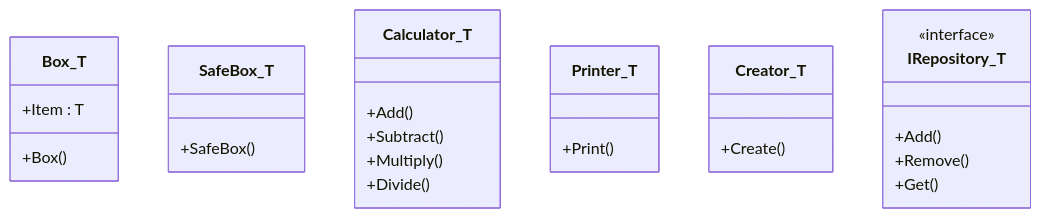
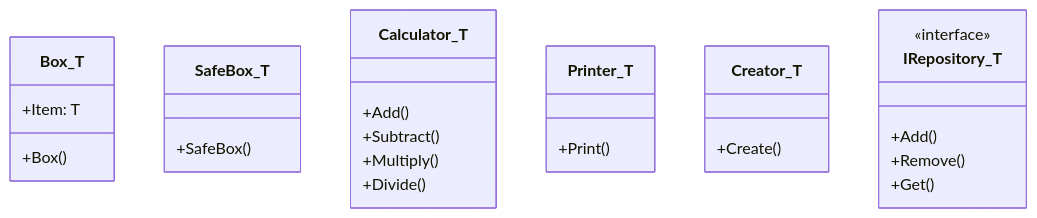
The diagram in Generics/uml/diagram.mmd (drccastillo/csharp-course), drawn with Mermaid before and after one commit. The commit also changed 27 other files, not shown here.

```diff
--- a/Generics/uml/diagram.mmd
+++ b/Generics/uml/diagram.mmd
@@ -1,27 +1,26 @@
 classDiagram
-
-class Box_T {
-  +Box()
-  +Item : T
-}
-class SafeBox_T {
-  +SafeBox()
-}
-class Calculator_T {
-  +Add()
-  +Subtract()
-  +Multiply()
-  +Divide()
-}
-class Printer_T {
-  +Print()
-}
-class Creator_T {
-  +Create()
-}
-class IRepository_T {
-  +Add()
-  +Remove()
-  +Get()
-}
-<<interface>> IRepository_T
+    class Box_T {
+        +Box()
+        +Item: T
+    }
+    class SafeBox_T {
+        +SafeBox()
+    }
+    class Calculator_T {
+        +Add()
+        +Subtract()
+        +Multiply()
+        +Divide()
+    }
+    class Printer_T {
+        +Print()
+    }
+    class Creator_T {
+        +Create()
+    }
+    class IRepository_T {
+        +Add()
+        +Remove()
+        +Get()
+    }
+    <<interface>> IRepository_T
```
